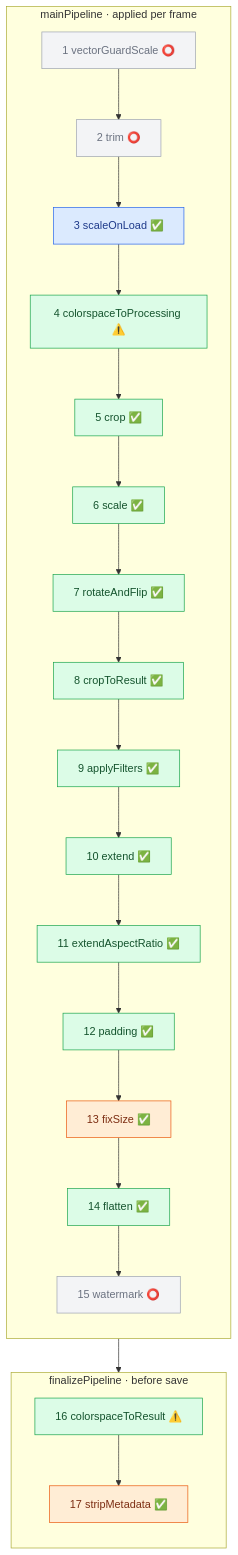
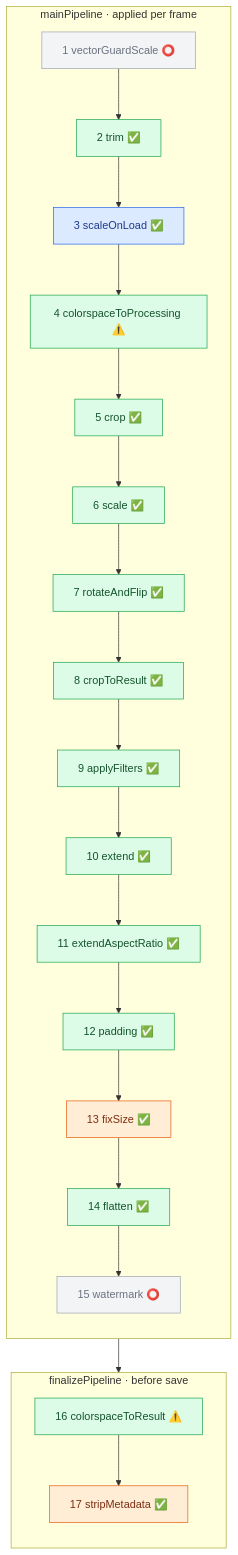
Before and after one commit to hlindset/image_plug: the diagram in docs/imgproxy_support_matrix.md, drawn with Mermaid. The commit also changed other lines of this file, not shown here.

Commit message:
docs(imgproxy): trim conformance — stage 2 ✅, surface + divergences (#149)

````diff
--- a/docs/imgproxy_support_matrix.md
+++ b/docs/imgproxy_support_matrix.md
@@ -42,26 +42,26 @@
 ```mermaid
 flowchart TD
     subgraph main["mainPipeline · applied per frame"]
         direction TB
-        A1["1 vectorGuardScale ⭕"] --> A2["2 trim ⭕"] --> A3["3 scaleOnLoad ✅"]
+        A1["1 vectorGuardScale ⭕"] --> A2["2 trim ✅"] --> A3["3 scaleOnLoad ✅"]
         A3 --> A4["4 colorspaceToProcessing ⚠️"] --> A5["5 crop ✅"] --> A6["6 scale ✅"]
         A6 --> A7["7 rotateAndFlip ✅"] --> A8["8 cropToResult ✅"] --> A9["9 applyFilters ✅"]
         A9 --> A10["10 extend ✅"] --> A11["11 extendAspectRatio ✅"] --> A12["12 padding ✅"]
         A12 --> A13["13 fixSize ✅"] --> A14["14 flatten ✅"] --> A15["15 watermark ⭕"]
     end
     subgraph fin["finalizePipeline · before save"]
         direction TB
         F1["16 colorspaceToResult ⚠️"] --> F2["17 stripMetadata ✅"]
     end
     A15 --> F1
 
     classDef decode fill:#dbeafe,stroke:#2563eb,color:#1e3a8a;
     classDef chain fill:#dcfce7,stroke:#16a34a,color:#14532d;
     classDef output fill:#ffedd5,stroke:#ea580c,color:#7c2d12;
     classDef none fill:#f3f4f6,stroke:#9ca3af,color:#6b7280;
 
     class A3 decode;
-    class A4,A5,A6,A7,A8,A9,A10,A11,A12,A14,F1 chain;
+    class A2,A4,A5,A6,A7,A8,A9,A10,A11,A12,A14,F1 chain;
     class A13,F2 output;
-    class A1,A2,A15 none;
+    class A1,A15 none;
 ```
````
